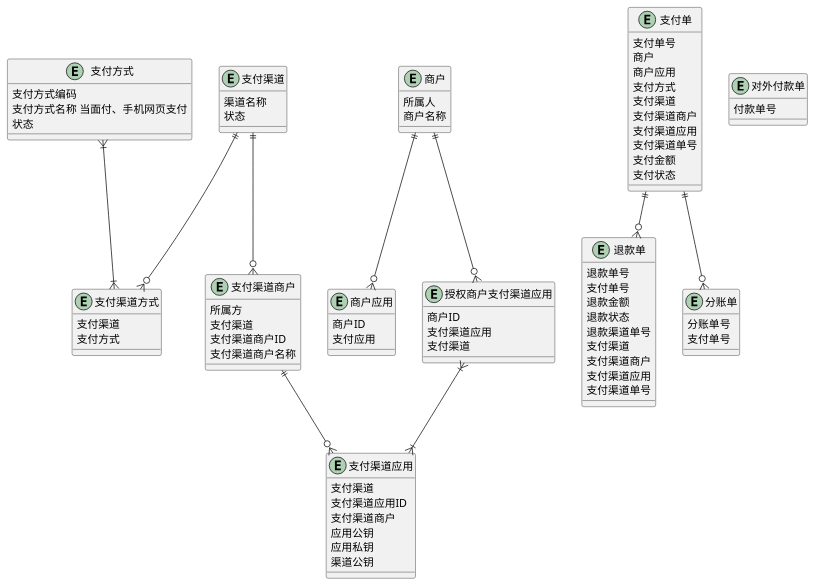
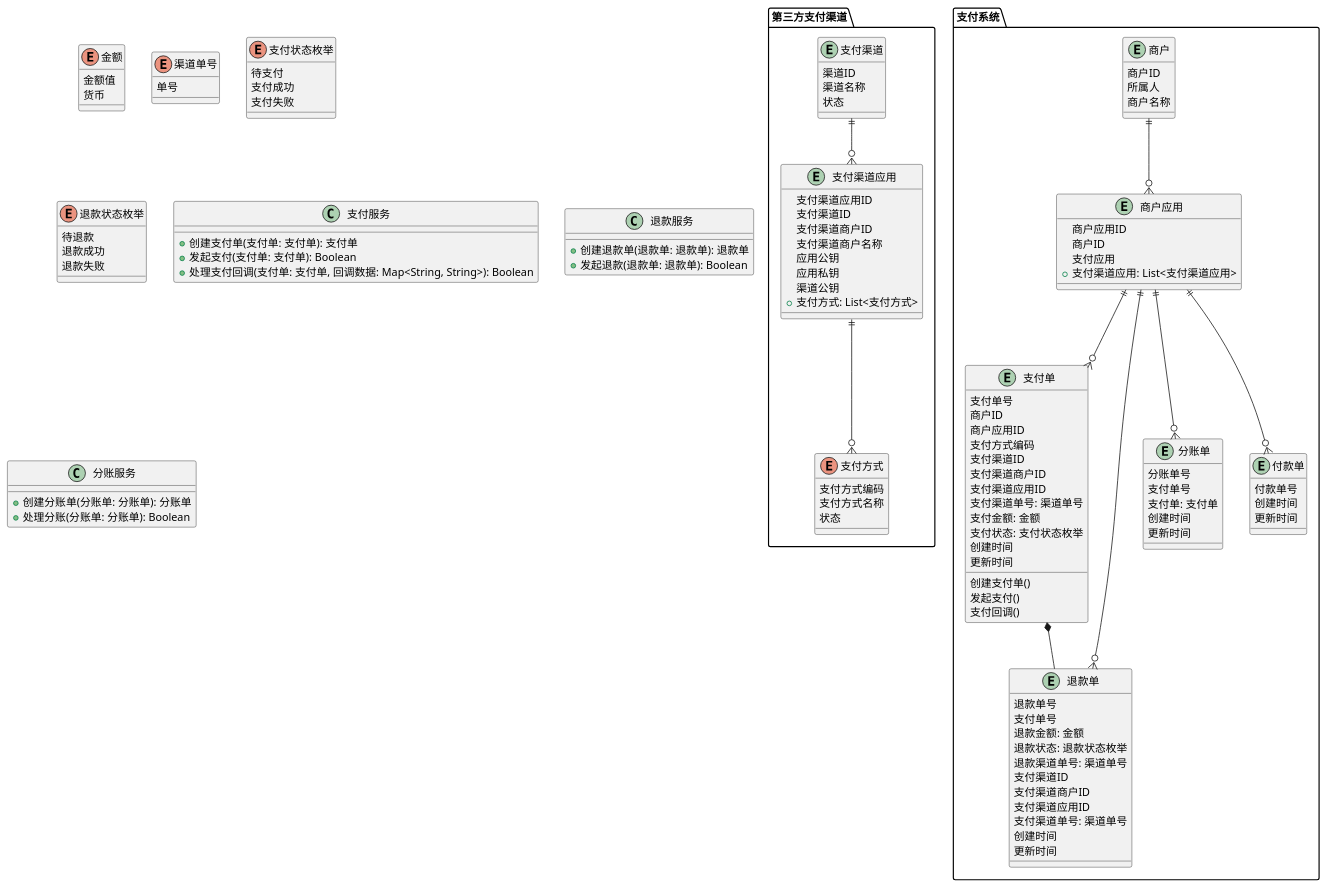
The diagram in 领域模型.puml (red-jasmine/payment), drawn with PlantUML before and after one commit. The commit also changed 37 other files, not shown here.

```diff
--- a/领域模型.puml
+++ b/领域模型.puml
@@ -1,107 +1,140 @@
 @startuml
 'https://plantuml.com/class-diagram
 
+package 第三方支付渠道{
+    enum 支付方式{
+        支付方式编码
+        支付方式名称
+        状态
+    }
 
-entity 支付方式{
-    支付方式编码
-    支付方式名称 当面付、手机网页支付
-    状态
+    entity 支付渠道{
+        渠道ID
+        渠道名称
+        状态
+    }
+
+    entity 支付渠道应用{
+        支付渠道应用ID
+        支付渠道ID
+        支付渠道商户ID
+        支付渠道商户名称
+        应用公钥
+        应用私钥
+        渠道公钥
+        +支付方式: List<支付方式>
+    }
 }
 
-entity 支付渠道{
-     渠道名称
-     状态
-}
-entity 支付渠道方式{
-    支付渠道
-    支付方式
+package 支付系统{
+    entity 商户{
+        商户ID
+        所属人
+        商户名称
+    }
+
+    entity 商户应用{
+        商户应用ID
+        商户ID
+        支付应用
+        +支付渠道应用: List<支付渠道应用>
+    }
+
+    entity 支付单{
+        支付单号
+        商户ID
+        商户应用ID
+        支付方式编码
+        支付渠道ID
+        支付渠道商户ID
+        支付渠道应用ID
+        支付渠道单号: 渠道单号
+        支付金额: 金额
+        支付状态: 支付状态枚举
+        创建时间
+        更新时间
+        创建支付单()
+        发起支付()
+        支付回调()
+    }
+
+    entity 退款单{
+        退款单号
+        支付单号
+        退款金额: 金额
+        退款状态: 退款状态枚举
+        退款渠道单号: 渠道单号
+        支付渠道ID
+        支付渠道商户ID
+        支付渠道应用ID
+        支付渠道单号: 渠道单号
+        创建时间
+        更新时间
+    }
+
+    entity 分账单{
+        分账单号
+        支付单号
+        支付单: 支付单
+        创建时间
+        更新时间
+    }
+
+    entity 付款单{
+        付款单号
+        创建时间
+        更新时间
+    }
+
+    商户应用 ||--o{ 支付单
+    商户应用 ||--o{ 付款单
+    商户应用 ||--o{ 退款单
+    商户应用 ||--o{ 分账单
+
+    支付单 *-- 退款单
+
+    商户 ||--o{ 商户应用
+
+    支付渠道 ||--o{ 支付渠道应用
+
+    支付渠道应用 ||--o{ 支付方式
 }
 
-entity 支付渠道商户{
-    所属方
-    支付渠道
-    支付渠道商户ID
-    支付渠道商户名称
+enum 金额 {
+    金额值
+    货币
 }
 
-entity 支付渠道应用{
-    支付渠道
-    支付渠道应用ID
-    支付渠道商户
-    应用公钥
-    应用私钥
-    渠道公钥
+enum 渠道单号 {
+    单号
 }
 
-entity 商户{
-    所属人
-    商户名称
+enum 支付状态枚举 {
+    待支付
+    支付成功
+    支付失败
 }
 
-entity 商户应用{
-    商户ID
-    支付应用
+enum 退款状态枚举 {
+    待退款
+    退款成功
+    退款失败
 }
 
-entity 支付单{
-    支付单号
-    商户
-    商户应用
-    支付方式
-    支付渠道
-    支付渠道商户
-    支付渠道应用
-    支付渠道单号
-    支付金额
-    支付状态
-}
-entity 退款单{
-    退款单号
-    支付单号
-    退款金额
-    退款状态
-    退款渠道单号
-    支付渠道
-    支付渠道商户
-    支付渠道应用
-    支付渠道单号
+class 支付服务 {
+    +创建支付单(支付单: 支付单): 支付单
+    +发起支付(支付单: 支付单): Boolean
+    +处理支付回调(支付单: 支付单, 回调数据: Map<String, String>): Boolean
 }
 
-entity 分账单{
-    分账单号
-    支付单号
-
-}
-entity 对外付款单{
-    付款单号
+class 退款服务 {
+    +创建退款单(退款单: 退款单): 退款单
+    +发起退款(退款单: 退款单): Boolean
 }
 
-entity 授权商户支付渠道应用{
-    商户ID
-    支付渠道应用
-    支付渠道
+class 分账服务 {
+    +创建分账单(分账单: 分账单): 分账单
+    +处理分账(分账单: 分账单): Boolean
 }
 
-
-商户 ||--o{ 授权商户支付渠道应用
-授权商户支付渠道应用 }|--|{ 支付渠道应用
-
-商户 ||--o{ 商户应用
-
-支付渠道 ||--o{ 支付渠道商户
-
-
-支付渠道 ||--o{ 支付渠道方式
-
-支付方式 }|--|{ 支付渠道方式
-
-支付渠道商户 ||--o{ 支付渠道应用
-
-
-支付单 ||--o{ 退款单
-支付单 ||--o{ 分账单
-
-
-
-
 @enduml
```
